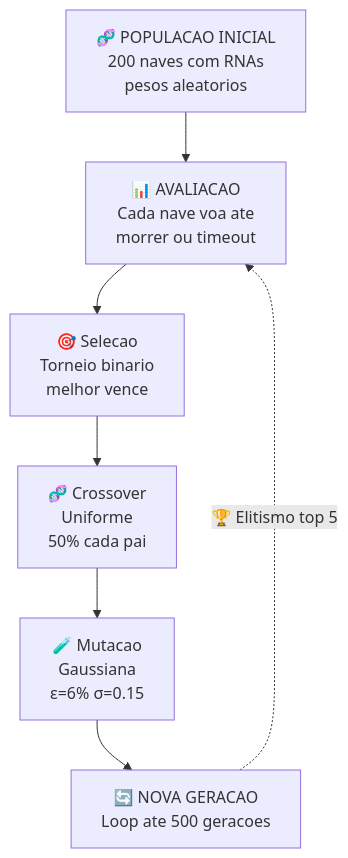
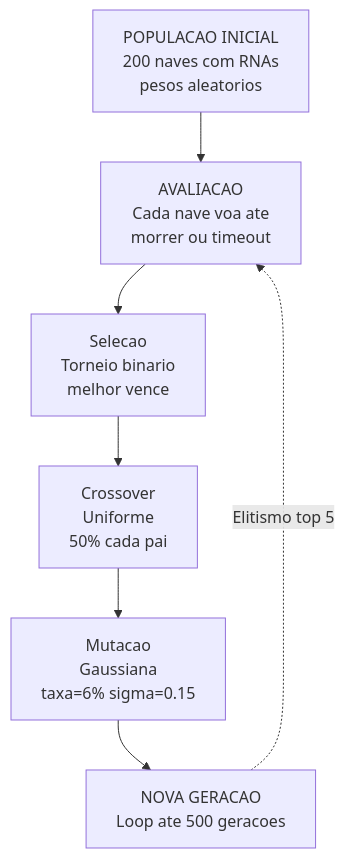
Before and after one commit to ClaudersonXavier/aprendizado-de-maquina-estilingue-espacial: the first of 2 diagrams in docs/agentes/agente-genetico.md, drawn with Mermaid. The commit also changed other lines of this file and 2 other files, not shown here.

````diff
--- a/docs/agentes/agente-genetico.md
+++ b/docs/agentes/agente-genetico.md
@@ -15,9 +15,9 @@
 ```mermaid
 flowchart TD
-    A[🧬 POPULACAO INICIAL<br/>200 naves com RNAs<br/>pesos aleatorios] --> B[📊 AVALIACAO<br/>Cada nave voa ate<br/>morrer ou timeout]
-    B --> C[🎯 Selecao<br/>Torneio binario<br/>melhor vence]
-    C --> D[🧬 Crossover<br/>Uniforme<br/>50% cada pai]
-    D --> E[🧪 Mutacao<br/>Gaussiana<br/>ε=6% σ=0.15]
-    E --> F[🔄 NOVA GERACAO<br/>Loop ate 500 geracoes]
-    F -.->|🏆 Elitismo top 5| B
+    A[POPULACAO INICIAL<br/>200 naves com RNAs<br/>pesos aleatorios] --> B[AVALIACAO<br/>Cada nave voa ate<br/>morrer ou timeout]
+    B --> C[Selecao<br/>Torneio binario<br/>melhor vence]
+    C --> D[Crossover<br/>Uniforme<br/>50% cada pai]
+    D --> E[Mutacao<br/>Gaussiana<br/>taxa=6% sigma=0.15]
+    E --> F[NOVA GERACAO<br/>Loop ate 500 geracoes]
+    F -.->|Elitismo top 5| B
 ```
````
